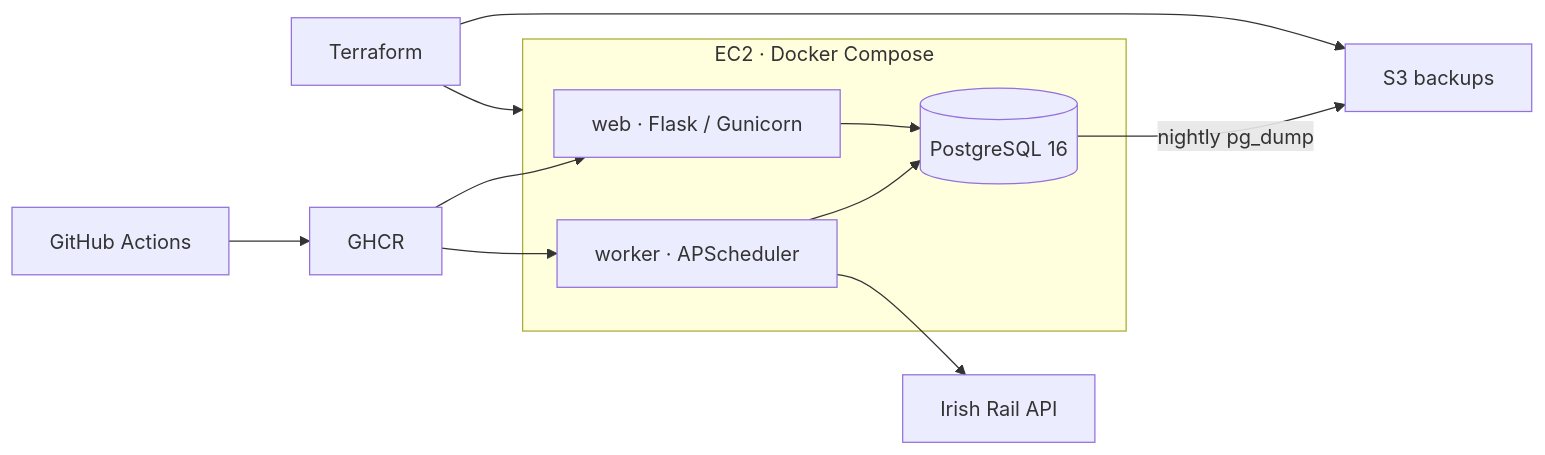
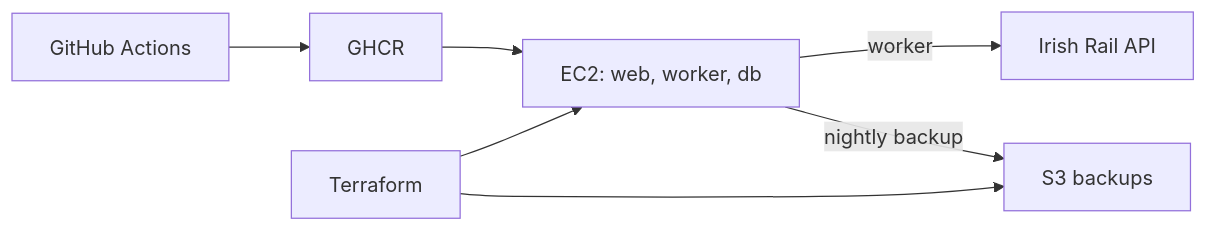
Before and after one commit to DanSom0/irish-rail-tracker: the diagram in README.md, drawn with Mermaid. The commit also changed other lines of this file and 2 other files, not shown here.

````diff
--- a/README.md
+++ b/README.md
@@ -12,14 +9,8 @@
 ```mermaid
 flowchart LR
-    tf[Terraform] --> ec2
+    tf[Terraform] --> ec2["EC2: web, worker, db"]
     tf --> s3[S3 backups]
-    actions[GitHub Actions] --> ghcr[GHCR]
-    ghcr --> web
-    ghcr --> worker
-    subgraph ec2[EC2 · Docker Compose]
-        web[web · Flask / Gunicorn] --> db[(PostgreSQL 16)]
-        worker[worker · APScheduler] --> db
-    end
-    worker --> api[Irish Rail API]
-    db -->|nightly pg_dump| s3
+    actions[GitHub Actions] --> ghcr[GHCR] --> ec2
+    ec2 -->|worker| api[Irish Rail API]
+    ec2 -->|nightly backup| s3
 ```
````
